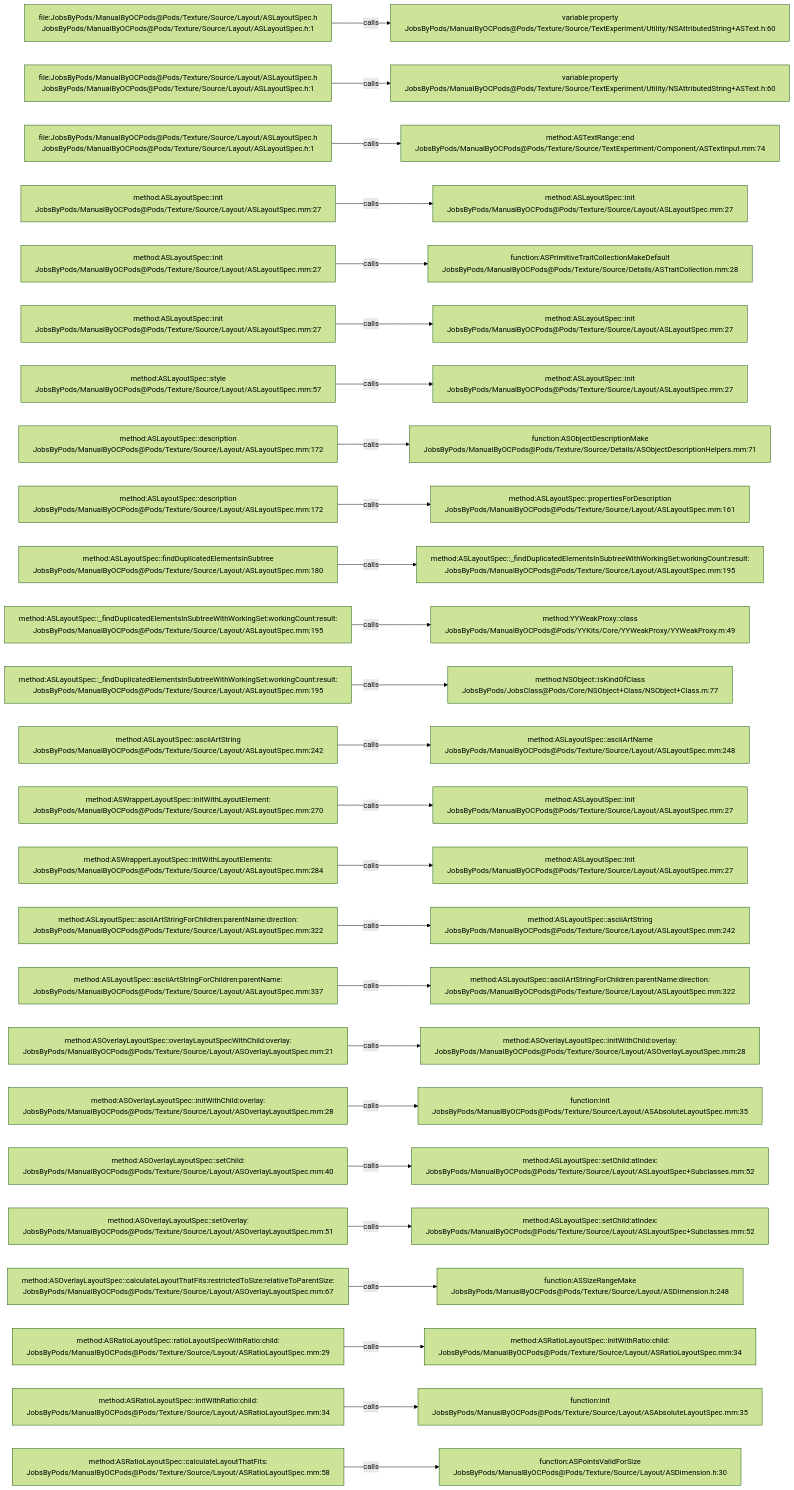
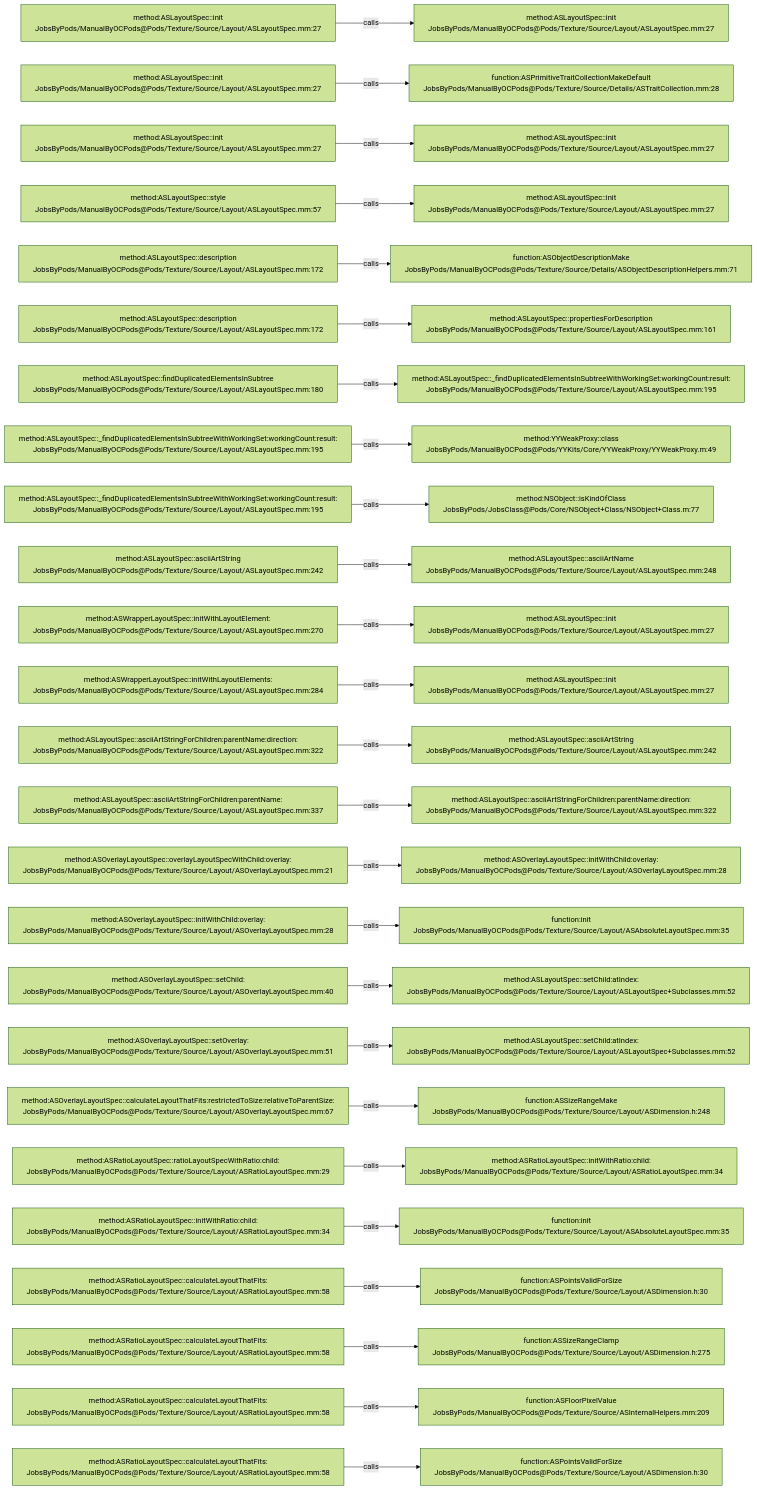
Before and after one commit to JobsKits/JobsOCBaseConfigDemo: the diagram in .codegraph/codegraph.md/graphs/calls-183.md, drawn with Mermaid (forest theme). The commit also changed 342 other files, not shown here.

````diff
--- a/.codegraph/codegraph.md/graphs/calls-183.md
+++ b/.codegraph/codegraph.md/graphs/calls-183.md
@@ -13,78 +13,78 @@
 ```mermaid
 flowchart LR
-  S1["file:JobsByPods/ManualByOCPods@Pods/Texture/Source/Layout/ASLayoutSpec.h<br/>JobsByPods/ManualByOCPods@Pods/Texture/Source/Layout/ASLayoutSpec.h:1"]
-  T1["variable:property<br/>JobsByPods/ManualByOCPods@Pods/Texture/Source/TextExperiment/Utility/NSAttributedString+ASText.h:60"]
+  S1["method:ASLayoutSpec::init<br/>JobsByPods/ManualByOCPods@Pods/Texture/Source/Layout/ASLayoutSpec.mm:27"]
+  T1["method:ASLayoutSpec::init<br/>JobsByPods/ManualByOCPods@Pods/Texture/Source/Layout/ASLayoutSpec.mm:27"]
   S1 -->|calls| T1
-  S2["file:JobsByPods/ManualByOCPods@Pods/Texture/Source/Layout/ASLayoutSpec.h<br/>JobsByPods/ManualByOCPods@Pods/Texture/Source/Layout/ASLayoutSpec.h:1"]
-  T2["variable:property<br/>JobsByPods/ManualByOCPods@Pods/Texture/Source/TextExperiment/Utility/NSAttributedString+ASText.h:60"]
+  S2["method:ASLayoutSpec::init<br/>JobsByPods/ManualByOCPods@Pods/Texture/Source/Layout/ASLayoutSpec.mm:27"]
+  T2["function:ASPrimitiveTraitCollectionMakeDefault<br/>JobsByPods/ManualByOCPods@Pods/Texture/Source/Details/ASTraitCollection.mm:28"]
   S2 -->|calls| T2
-  S3["file:JobsByPods/ManualByOCPods@Pods/Texture/Source/Layout/ASLayoutSpec.h<br/>JobsByPods/ManualByOCPods@Pods/Texture/Source/Layout/ASLayoutSpec.h:1"]
-  T3["method:ASTextRange::end<br/>JobsByPods/ManualByOCPods@Pods/Texture/Source/TextExperiment/Component/ASTextInput.mm:74"]
+  S3["method:ASLayoutSpec::init<br/>JobsByPods/ManualByOCPods@Pods/Texture/Source/Layout/ASLayoutSpec.mm:27"]
+  T3["method:ASLayoutSpec::init<br/>JobsByPods/ManualByOCPods@Pods/Texture/Source/Layout/ASLayoutSpec.mm:27"]
   S3 -->|calls| T3
-  S4["method:ASLayoutSpec::init<br/>JobsByPods/ManualByOCPods@Pods/Texture/Source/Layout/ASLayoutSpec.mm:27"]
+  S4["method:ASLayoutSpec::style<br/>JobsByPods/ManualByOCPods@Pods/Texture/Source/Layout/ASLayoutSpec.mm:57"]
   T4["method:ASLayoutSpec::init<br/>JobsByPods/ManualByOCPods@Pods/Texture/Source/Layout/ASLayoutSpec.mm:27"]
   S4 -->|calls| T4
-  S5["method:ASLayoutSpec::init<br/>JobsByPods/ManualByOCPods@Pods/Texture/Source/Layout/ASLayoutSpec.mm:27"]
-  T5["function:ASPrimitiveTraitCollectionMakeDefault<br/>JobsByPods/ManualByOCPods@Pods/Texture/Source/Details/ASTraitCollection.mm:28"]
+  S5["method:ASLayoutSpec::description<br/>JobsByPods/ManualByOCPods@Pods/Texture/Source/Layout/ASLayoutSpec.mm:172"]
+  T5["function:ASObjectDescriptionMake<br/>JobsByPods/ManualByOCPods@Pods/Texture/Source/Details/ASObjectDescriptionHelpers.mm:71"]
   S5 -->|calls| T5
-  S6["method:ASLayoutSpec::init<br/>JobsByPods/ManualByOCPods@Pods/Texture/Source/Layout/ASLayoutSpec.mm:27"]
-  T6["method:ASLayoutSpec::init<br/>JobsByPods/ManualByOCPods@Pods/Texture/Source/Layout/ASLayoutSpec.mm:27"]
+  S6["method:ASLayoutSpec::description<br/>JobsByPods/ManualByOCPods@Pods/Texture/Source/Layout/ASLayoutSpec.mm:172"]
+  T6["method:ASLayoutSpec::propertiesForDescription<br/>JobsByPods/ManualByOCPods@Pods/Texture/Source/Layout/ASLayoutSpec.mm:161"]
   S6 -->|calls| T6
-  S7["method:ASLayoutSpec::style<br/>JobsByPods/ManualByOCPods@Pods/Texture/Source/Layout/ASLayoutSpec.mm:57"]
-  T7["method:ASLayoutSpec::init<br/>JobsByPods/ManualByOCPods@Pods/Texture/Source/Layout/ASLayoutSpec.mm:27"]
+  S7["method:ASLayoutSpec::findDuplicatedElementsInSubtree<br/>JobsByPods/ManualByOCPods@Pods/Texture/Source/Layout/ASLayoutSpec.mm:180"]
+  T7["method:ASLayoutSpec::_findDuplicatedElementsInSubtreeWithWorkingSet:workingCount:result:<br/>JobsByPods/ManualByOCPods@Pods/Texture/Source/Layout/ASLayoutSpec.mm:195"]
   S7 -->|calls| T7
-  S8["method:ASLayoutSpec::description<br/>JobsByPods/ManualByOCPods@Pods/Texture/Source/Layout/ASLayoutSpec.mm:172"]
-  T8["function:ASObjectDescriptionMake<br/>JobsByPods/ManualByOCPods@Pods/Texture/Source/Details/ASObjectDescriptionHelpers.mm:71"]
+  S8["method:ASLayoutSpec::_findDuplicatedElementsInSubtreeWithWorkingSet:workingCount:result:<br/>JobsByPods/ManualByOCPods@Pods/Texture/Source/Layout/ASLayoutSpec.mm:195"]
+  T8["method:YYWeakProxy::class<br/>JobsByPods/ManualByOCPods@Pods/YYKits/Core/YYWeakProxy/YYWeakProxy.m:49"]
   S8 -->|calls| T8
-  S9["method:ASLayoutSpec::description<br/>JobsByPods/ManualByOCPods@Pods/Texture/Source/Layout/ASLayoutSpec.mm:172"]
-  T9["method:ASLayoutSpec::propertiesForDescription<br/>JobsByPods/ManualByOCPods@Pods/Texture/Source/Layout/ASLayoutSpec.mm:161"]
+  S9["method:ASLayoutSpec::_findDuplicatedElementsInSubtreeWithWorkingSet:workingCount:result:<br/>JobsByPods/ManualByOCPods@Pods/Texture/Source/Layout/ASLayoutSpec.mm:195"]
+  T9["method:NSObject::isKindOfClass<br/>JobsByPods/JobsClass@Pods/Core/NSObject+Class/NSObject+Class.m:77"]
   S9 -->|calls| T9
-  S10["method:ASLayoutSpec::findDuplicatedElementsInSubtree<br/>JobsByPods/ManualByOCPods@Pods/Texture/Source/Layout/ASLayoutSpec.mm:180"]
-  T10["method:ASLayoutSpec::_findDuplicatedElementsInSubtreeWithWorkingSet:workingCount:result:<br/>JobsByPods/ManualByOCPods@Pods/Texture/Source/Layout/ASLayoutSpec.mm:195"]
+  S10["method:ASLayoutSpec::asciiArtString<br/>JobsByPods/ManualByOCPods@Pods/Texture/Source/Layout/ASLayoutSpec.mm:242"]
+  T10["method:ASLayoutSpec::asciiArtName<br/>JobsByPods/ManualByOCPods@Pods/Texture/Source/Layout/ASLayoutSpec.mm:248"]
   S10 -->|calls| T10
-  S11["method:ASLayoutSpec::_findDuplicatedElementsInSubtreeWithWorkingSet:workingCount:result:<br/>JobsByPods/ManualByOCPods@Pods/Texture/Source/Layout/ASLayoutSpec.mm:195"]
-  T11["method:YYWeakProxy::class<br/>JobsByPods/ManualByOCPods@Pods/YYKits/Core/YYWeakProxy/YYWeakProxy.m:49"]
+  S11["method:ASWrapperLayoutSpec::initWithLayoutElement:<br/>JobsByPods/ManualByOCPods@Pods/Texture/Source/Layout/ASLayoutSpec.mm:270"]
+  T11["method:ASLayoutSpec::init<br/>JobsByPods/ManualByOCPods@Pods/Texture/Source/Layout/ASLayoutSpec.mm:27"]
   S11 -->|calls| T11
-  S12["method:ASLayoutSpec::_findDuplicatedElementsInSubtreeWithWorkingSet:workingCount:result:<br/>JobsByPods/ManualByOCPods@Pods/Texture/Source/Layout/ASLayoutSpec.mm:195"]
-  T12["method:NSObject::isKindOfClass<br/>JobsByPods/JobsClass@Pods/Core/NSObject+Class/NSObject+Class.m:77"]
+  S12["method:ASWrapperLayoutSpec::initWithLayoutElements:<br/>JobsByPods/ManualByOCPods@Pods/Texture/Source/Layout/ASLayoutSpec.mm:284"]
+  T12["method:ASLayoutSpec::init<br/>JobsByPods/ManualByOCPods@Pods/Texture/Source/Layout/ASLayoutSpec.mm:27"]
   S12 -->|calls| T12
-  S13["method:ASLayoutSpec::asciiArtString<br/>JobsByPods/ManualByOCPods@Pods/Texture/Source/Layout/ASLayoutSpec.mm:242"]
-  T13["method:ASLayoutSpec::asciiArtName<br/>JobsByPods/ManualByOCPods@Pods/Texture/Source/Layout/ASLayoutSpec.mm:248"]
+  S13["method:ASLayoutSpec::asciiArtStringForChildren:parentName:direction:<br/>JobsByPods/ManualByOCPods@Pods/Texture/Source/Layout/ASLayoutSpec.mm:322"]
+  T13["method:ASLayoutSpec::asciiArtString<br/>JobsByPods/ManualByOCPods@Pods/Texture/Source/Layout/ASLayoutSpec.mm:242"]
   S13 -->|calls| T13
-  S14["method:ASWrapperLayoutSpec::initWithLayoutElement:<br/>JobsByPods/ManualByOCPods@Pods/Texture/Source/Layout/ASLayoutSpec.mm:270"]
-  T14["method:ASLayoutSpec::init<br/>JobsByPods/ManualByOCPods@Pods/Texture/Source/Layout/ASLayoutSpec.mm:27"]
+  S14["method:ASLayoutSpec::asciiArtStringForChildren:parentName:<br/>JobsByPods/ManualByOCPods@Pods/Texture/Source/Layout/ASLayoutSpec.mm:337"]
+  T14["method:ASLayoutSpec::asciiArtStringForChildren:parentName:direction:<br/>JobsByPods/ManualByOCPods@Pods/Texture/Source/Layout/ASLayoutSpec.mm:322"]
   S14 -->|calls| T14
-  S15["method:ASWrapperLayoutSpec::initWithLayoutElements:<br/>JobsByPods/ManualByOCPods@Pods/Texture/Source/Layout/ASLayoutSpec.mm:284"]
-  T15["method:ASLayoutSpec::init<br/>JobsByPods/ManualByOCPods@Pods/Texture/Source/Layout/ASLayoutSpec.mm:27"]
+  S15["method:ASOverlayLayoutSpec::overlayLayoutSpecWithChild:overlay:<br/>JobsByPods/ManualByOCPods@Pods/Texture/Source/Layout/ASOverlayLayoutSpec.mm:21"]
+  T15["method:ASOverlayLayoutSpec::initWithChild:overlay:<br/>JobsByPods/ManualByOCPods@Pods/Texture/Source/Layout/ASOverlayLayoutSpec.mm:28"]
   S15 -->|calls| T15
-  S16["method:ASLayoutSpec::asciiArtStringForChildren:parentName:direction:<br/>JobsByPods/ManualByOCPods@Pods/Texture/Source/Layout/ASLayoutSpec.mm:322"]
-  T16["method:ASLayoutSpec::asciiArtString<br/>JobsByPods/ManualByOCPods@Pods/Texture/Source/Layout/ASLayoutSpec.mm:242"]
+  S16["method:ASOverlayLayoutSpec::initWithChild:overlay:<br/>JobsByPods/ManualByOCPods@Pods/Texture/Source/Layout/ASOverlayLayoutSpec.mm:28"]
+  T16["function:init<br/>JobsByPods/ManualByOCPods@Pods/Texture/Source/Layout/ASAbsoluteLayoutSpec.mm:35"]
   S16 -->|calls| T16
-  S17["method:ASLayoutSpec::asciiArtStringForChildren:parentName:<br/>JobsByPods/ManualByOCPods@Pods/Texture/Source/Layout/ASLayoutSpec.mm:337"]
-  T17["method:ASLayoutSpec::asciiArtStringForChildren:parentName:direction:<br/>JobsByPods/ManualByOCPods@Pods/Texture/Source/Layout/ASLayoutSpec.mm:322"]
+  S17["method:ASOverlayLayoutSpec::setChild:<br/>JobsByPods/ManualByOCPods@Pods/Texture/Source/Layout/ASOverlayLayoutSpec.mm:40"]
+  T17["method:ASLayoutSpec::setChild:atIndex:<br/>JobsByPods/ManualByOCPods@Pods/Texture/Source/Layout/ASLayoutSpec+Subclasses.mm:52"]
   S17 -->|calls| T17
-  S18["method:ASOverlayLayoutSpec::overlayLayoutSpecWithChild:overlay:<br/>JobsByPods/ManualByOCPods@Pods/Texture/Source/Layout/ASOverlayLayoutSpec.mm:21"]
-  T18["method:ASOverlayLayoutSpec::initWithChild:overlay:<br/>JobsByPods/ManualByOCPods@Pods/Texture/Source/Layout/ASOverlayLayoutSpec.mm:28"]
+  S18["method:ASOverlayLayoutSpec::setOverlay:<br/>JobsByPods/ManualByOCPods@Pods/Texture/Source/Layout/ASOverlayLayoutSpec.mm:51"]
+  T18["method:ASLayoutSpec::setChild:atIndex:<br/>JobsByPods/ManualByOCPods@Pods/Texture/Source/Layout/ASLayoutSpec+Subclasses.mm:52"]
   S18 -->|calls| T18
-  S19["method:ASOverlayLayoutSpec::initWithChild:overlay:<br/>JobsByPods/ManualByOCPods@Pods/Texture/Source/Layout/ASOverlayLayoutSpec.mm:28"]
-  T19["function:init<br/>JobsByPods/ManualByOCPods@Pods/Texture/Source/Layout/ASAbsoluteLayoutSpec.mm:35"]
+  S19["method:ASOverlayLayoutSpec::calculateLayoutThatFits:restrictedToSize:relativeToParentSize:<br/>JobsByPods/ManualByOCPods@Pods/Texture/Source/Layout/ASOverlayLayoutSpec.mm:67"]
+  T19["function:ASSizeRangeMake<br/>JobsByPods/ManualByOCPods@Pods/Texture/Source/Layout/ASDimension.h:248"]
   S19 -->|calls| T19
-  S20["method:ASOverlayLayoutSpec::setChild:<br/>JobsByPods/ManualByOCPods@Pods/Texture/Source/Layout/ASOverlayLayoutSpec.mm:40"]
-  T20["method:ASLayoutSpec::setChild:atIndex:<br/>JobsByPods/ManualByOCPods@Pods/Texture/Source/Layout/ASLayoutSpec+Subclasses.mm:52"]
+  S20["method:ASRatioLayoutSpec::ratioLayoutSpecWithRatio:child:<br/>JobsByPods/ManualByOCPods@Pods/Texture/Source/Layout/ASRatioLayoutSpec.mm:29"]
+  T20["method:ASRatioLayoutSpec::initWithRatio:child:<br/>JobsByPods/ManualByOCPods@Pods/Texture/Source/Layout/ASRatioLayoutSpec.mm:34"]
   S20 -->|calls| T20
-  S21["method:ASOverlayLayoutSpec::setOverlay:<br/>JobsByPods/ManualByOCPods@Pods/Texture/Source/Layout/ASOverlayLayoutSpec.mm:51"]
-  T21["method:ASLayoutSpec::setChild:atIndex:<br/>JobsByPods/ManualByOCPods@Pods/Texture/Source/Layout/ASLayoutSpec+Subclasses.mm:52"]
+  S21["method:ASRatioLayoutSpec::initWithRatio:child:<br/>JobsByPods/ManualByOCPods@Pods/Texture/Source/Layout/ASRatioLayoutSpec.mm:34"]
+  T21["function:init<br/>JobsByPods/ManualByOCPods@Pods/Texture/Source/Layout/ASAbsoluteLayoutSpec.mm:35"]
   S21 -->|calls| T21
-  S22["method:ASOverlayLayoutSpec::calculateLayoutThatFits:restrictedToSize:relativeToParentSize:<br/>JobsByPods/ManualByOCPods@Pods/Texture/Source/Layout/ASOverlayLayoutSpec.mm:67"]
-  T22["function:ASSizeRangeMake<br/>JobsByPods/ManualByOCPods@Pods/Texture/Source/Layout/ASDimension.h:248"]
+  S22["method:ASRatioLayoutSpec::calculateLayoutThatFits:<br/>JobsByPods/ManualByOCPods@Pods/Texture/Source/Layout/ASRatioLayoutSpec.mm:58"]
+  T22["function:ASPointsValidForSize<br/>JobsByPods/ManualByOCPods@Pods/Texture/Source/Layout/ASDimension.h:30"]
   S22 -->|calls| T22
-  S23["method:ASRatioLayoutSpec::ratioLayoutSpecWithRatio:child:<br/>JobsByPods/ManualByOCPods@Pods/Texture/Source/Layout/ASRatioLayoutSpec.mm:29"]
-  T23["method:ASRatioLayoutSpec::initWithRatio:child:<br/>JobsByPods/ManualByOCPods@Pods/Texture/Source/Layout/ASRatioLayoutSpec.mm:34"]
+  S23["method:ASRatioLayoutSpec::calculateLayoutThatFits:<br/>JobsByPods/ManualByOCPods@Pods/Texture/Source/Layout/ASRatioLayoutSpec.mm:58"]
+  T23["function:ASSizeRangeClamp<br/>JobsByPods/ManualByOCPods@Pods/Texture/Source/Layout/ASDimension.h:275"]
   S23 -->|calls| T23
-  S24["method:ASRatioLayoutSpec::initWithRatio:child:<br/>JobsByPods/ManualByOCPods@Pods/Texture/Source/Layout/ASRatioLayoutSpec.mm:34"]
-  T24["function:init<br/>JobsByPods/ManualByOCPods@Pods/Texture/Source/Layout/ASAbsoluteLayoutSpec.mm:35"]
+  S24["method:ASRatioLayoutSpec::calculateLayoutThatFits:<br/>JobsByPods/ManualByOCPods@Pods/Texture/Source/Layout/ASRatioLayoutSpec.mm:58"]
+  T24["function:ASFloorPixelValue<br/>JobsByPods/ManualByOCPods@Pods/Texture/Source/ASInternalHelpers.mm:209"]
   S24 -->|calls| T24
   S25["method:ASRatioLayoutSpec::calculateLayoutThatFits:<br/>JobsByPods/ManualByOCPods@Pods/Texture/Source/Layout/ASRatioLayoutSpec.mm:58"]
   T25["function:ASPointsValidForSize<br/>JobsByPods/ManualByOCPods@Pods/Texture/Source/Layout/ASDimension.h:30"]
   S25 -->|calls| T25
 ```
````
